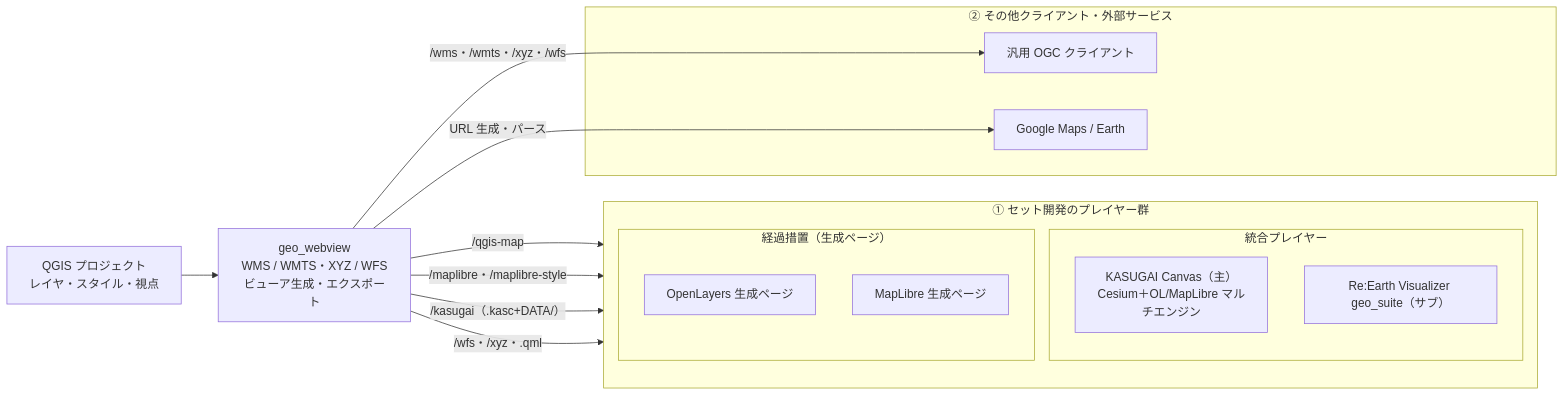
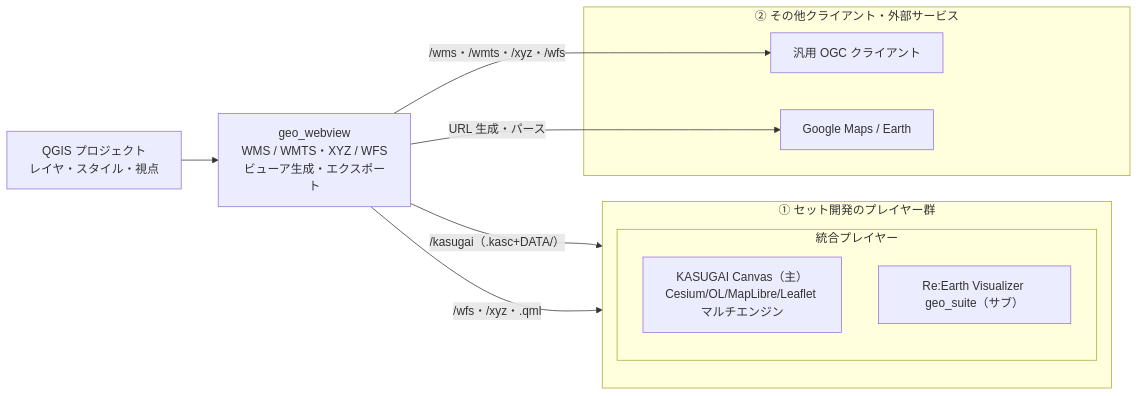
The diagram in qgis-plugin/geo_webview/README_JP.md (yamamoto-ryuzo/qgis_live_harness), drawn with Mermaid before and after one commit. The commit also changed other lines of this file and 30 other files, not shown here.

First line of the commit message:
geo_webview: 生成ビューア廃止・KASUGAI Canvas 4エンジン起動へ一本化 (v3.24.0)

````diff
--- a/qgis-plugin/geo_webview/README_JP.md
+++ b/qgis-plugin/geo_webview/README_JP.md
@@ -84,30 +83,24 @@
 ```mermaid
 flowchart LR
     QGIS["QGIS プロジェクト<br>レイヤ・スタイル・視点"]
     GW["geo_webview<br>WMS / WMTS・XYZ / WFS<br>ビューア生成・エクスポート"]
 
     subgraph G1["① セット開発のプレイヤー群"]
         direction TB
         subgraph G1_UNI["統合プレイヤー"]
-            KC["KASUGAI Canvas（主）<br>Cesium＋OL/MapLibre マルチエンジン"]
+            KC["KASUGAI Canvas（主）<br>Cesium/OL/MapLibre/Leaflet マルチエンジン"]
             RE["Re:Earth Visualizer geo_suite（サブ）"]
-        end
-        subgraph G1_TMP["経過措置（生成ページ）"]
-            OL["OpenLayers 生成ページ"]
-            ML["MapLibre 生成ページ"]
         end
     end
 
     subgraph G2["② その他クライアント・外部サービス"]
         OC["汎用 OGC クライアント"]
         GM["Google Maps / Earth"]
     end
 
     QGIS --> GW
-    GW -->|"/qgis-map"| OL
-    GW -->|"/maplibre・/maplibre-style"| ML
     GW -->|"/kasugai（.kasc+DATA/）"| KC
     GW -->|"/wfs・/xyz・.qml"| RE
     GW -->|"/wms・/wmts・/xyz・/wfs"| OC
     GW -->|"URL 生成・パース"| GM
 ```
````
